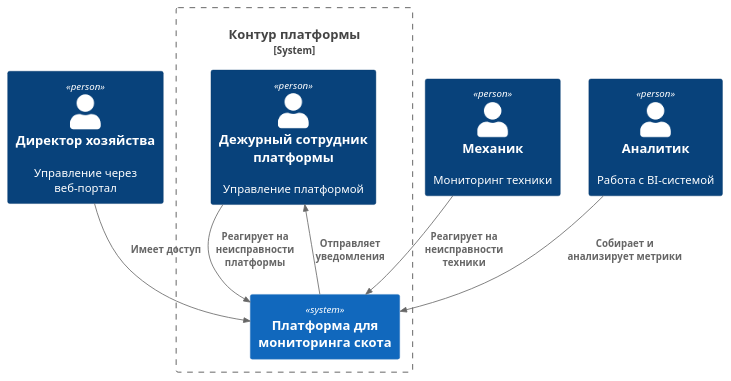
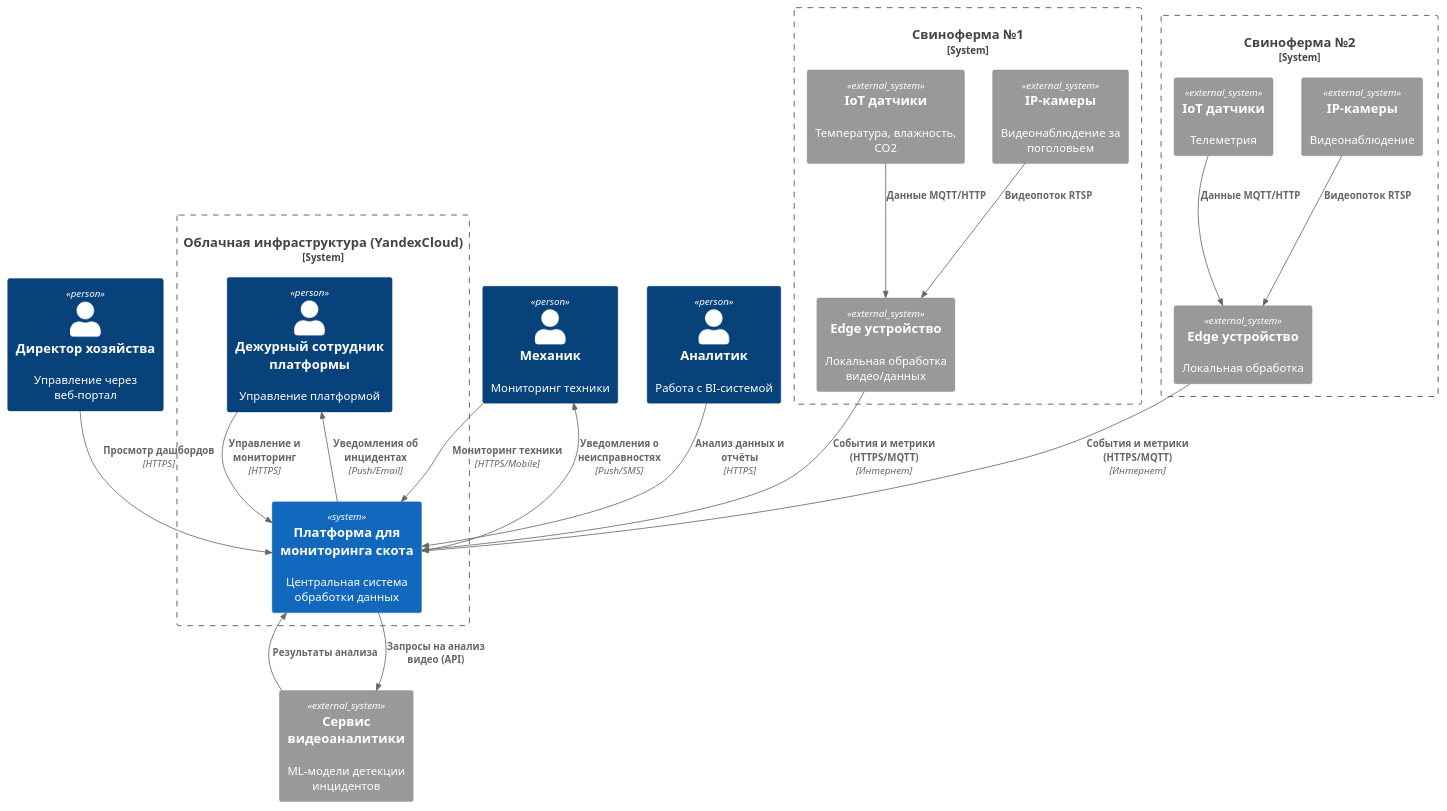
The diagram in Task1/c1_main.puml (valerii-software/MSA-AgroTech), drawn with PlantUML before and after one commit. The commit also changed 2 other files, not shown here.

```diff
--- a/Task1/c1_main.puml
+++ b/Task1/c1_main.puml
@@ -1,24 +1,51 @@
 @startuml Context
 
 !include https://raw.githubusercontent.com/plantuml-stdlib/C4-PlantUML/master/C4_Context.puml
 
 ' === Участники ===
 Person(director, "Директор хозяйства", "Управление через веб-портал")
 Person(mechanic, "Механик", "Мониторинг техники")
 Person(analyst, "Аналитик", "Работа с BI-системой")
 
 
-System_Boundary(context, "Контур платформы") {
-    Person(employee, "Дежурный сотрудник платформы", "Управление платформой")
-    System(platform, "Платформа для мониторинга скота")
+System_Boundary(farm1, "Свиноферма №1") {
+    System_Ext(cameras, "IP-камеры", "Видеонаблюдение за поголовьем")
+    System_Ext(sensors, "IoT датчики", "Температура, влажность, CO2")
+    System_Ext(edge_device, "Edge устройство", "Локальная обработка видео/данных")
 }
 
-' === Взаимосвязи ===
-Rel(employee, platform, "Реагирует на неисправности платформы")
-Rel(platform, employee, "Отправляет уведомления")
+System_Boundary(farm2, "Свиноферма №2") {
+    System_Ext(cameras2, "IP-камеры", "Видеонаблюдение")
+    System_Ext(sensors2, "IoT датчики", "Телеметрия")
+    System_Ext(edge_device2, "Edge устройство", "Локальная обработка")
+}
 
-Rel(director, platform, "Имеет доступ")
-Rel(mechanic, platform, "Реагирует на неисправности техники")
-Rel(analyst, platform, "Собирает и анализирует метрики")
+System_Boundary(cloud, "Облачная инфраструктура (YandexCloud)") {
+    Person(employee, "Дежурный сотрудник платформы", "Управление платформой")
+    System(platform, "Платформа для мониторинга скота", "Центральная система обработки данных")
+}
+
+System_Ext(video_analytics, "Сервис видеоаналитики", "ML-модели детекции инцидентов")
+
+' === Взаимосвязи с устройствами ===
+Rel(cameras, edge_device, "Видеопоток RTSP")
+Rel(sensors, edge_device, "Данные MQTT/HTTP")
+Rel(edge_device, platform, "События и метрики (HTTPS/MQTT)", "Интернет")
+
+Rel(cameras2, edge_device2, "Видеопоток RTSP")
+Rel(sensors2, edge_device2, "Данные MQTT/HTTP")
+Rel(edge_device2, platform, "События и метрики (HTTPS/MQTT)", "Интернет")
+
+' === Взаимосвязи с платформой ===
+Rel(platform, video_analytics, "Запросы на анализ видео (API)")
+Rel(video_analytics, platform, "Результаты анализа")
+
+Rel(employee, platform, "Управление и мониторинг", "HTTPS")
+Rel(platform, employee, "Уведомления об инцидентах", "Push/Email")
+
+Rel(director, platform, "Просмотр дашбордов", "HTTPS")
+Rel(mechanic, platform, "Мониторинг техники", "HTTPS/Mobile")
+Rel(analyst, platform, "Анализ данных и отчёты", "HTTPS")
+Rel(platform, mechanic, "Уведомления о неисправностях", "Push/SMS")
 
 @enduml
```
